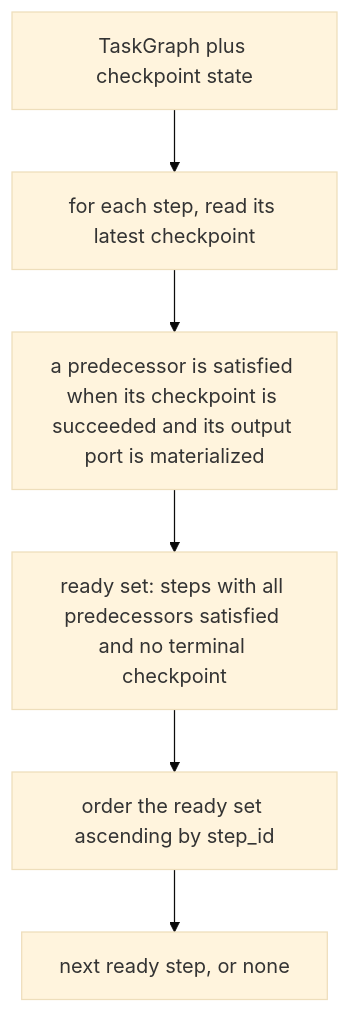
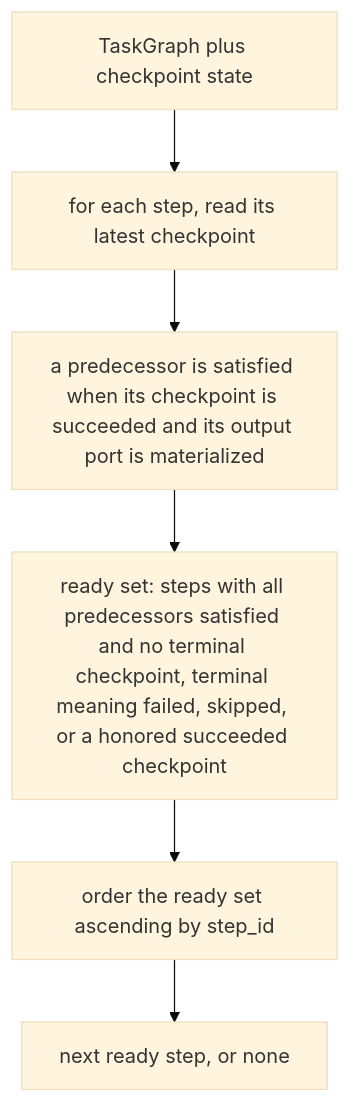
The third of 7 diagrams in designs/task-dag-executor/LLD.md (febufenn-cyber/drawing-office-v2), drawn with Mermaid (base theme) before and after one commit. The commit also changed other lines of this file and 6 other files, not shown here.

````diff
--- a/designs/task-dag-executor/LLD.md
+++ b/designs/task-dag-executor/LLD.md
@@ -113,8 +113,8 @@
 ```mermaid
 flowchart TB
     IN["TaskGraph plus checkpoint state"] --> SAT["for each step, read its latest checkpoint"]
     SAT --> PRE["a predecessor is satisfied when its checkpoint is succeeded and its output port is materialized"]
-    PRE --> RDY["ready set: steps with all predecessors satisfied and no terminal checkpoint"]
+    PRE --> RDY["ready set: steps with all predecessors satisfied and no terminal checkpoint, terminal meaning failed, skipped, or a honored succeeded checkpoint"]
     RDY --> ORD["order the ready set ascending by step_id"]
     ORD --> OUT["next ready step, or none"]
 ```
````
